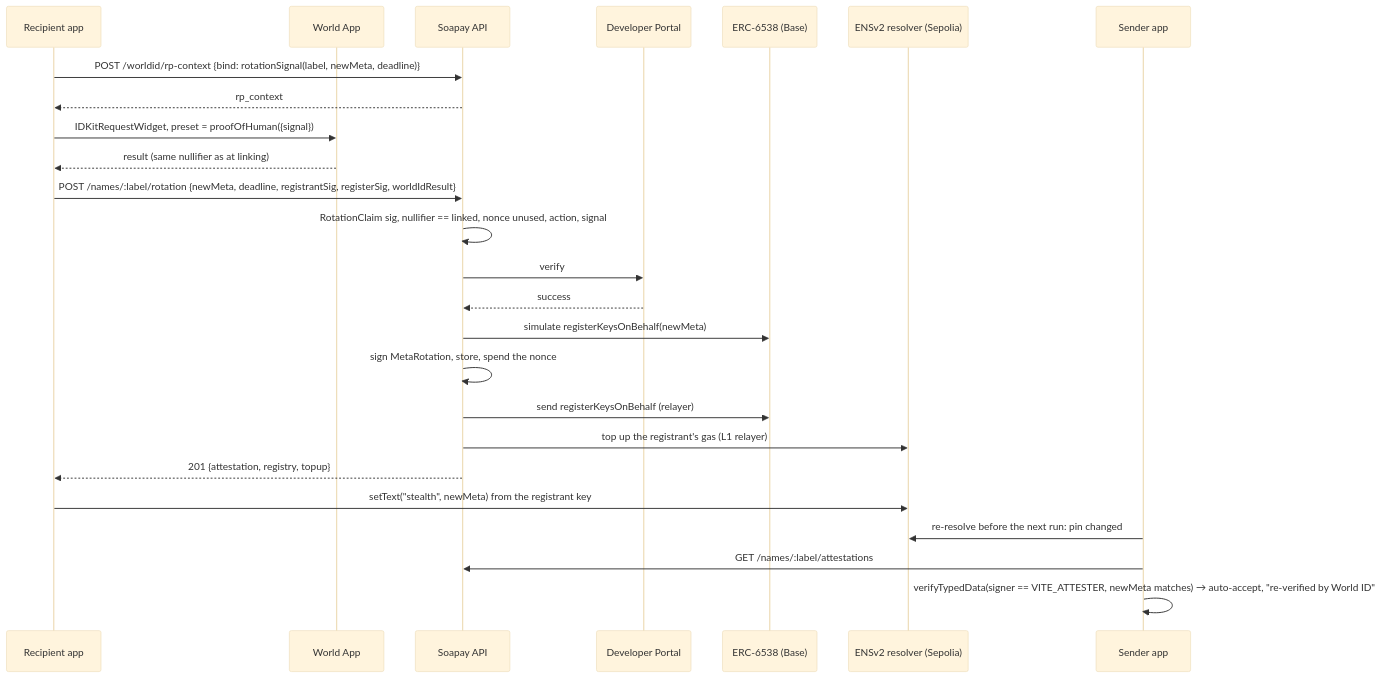
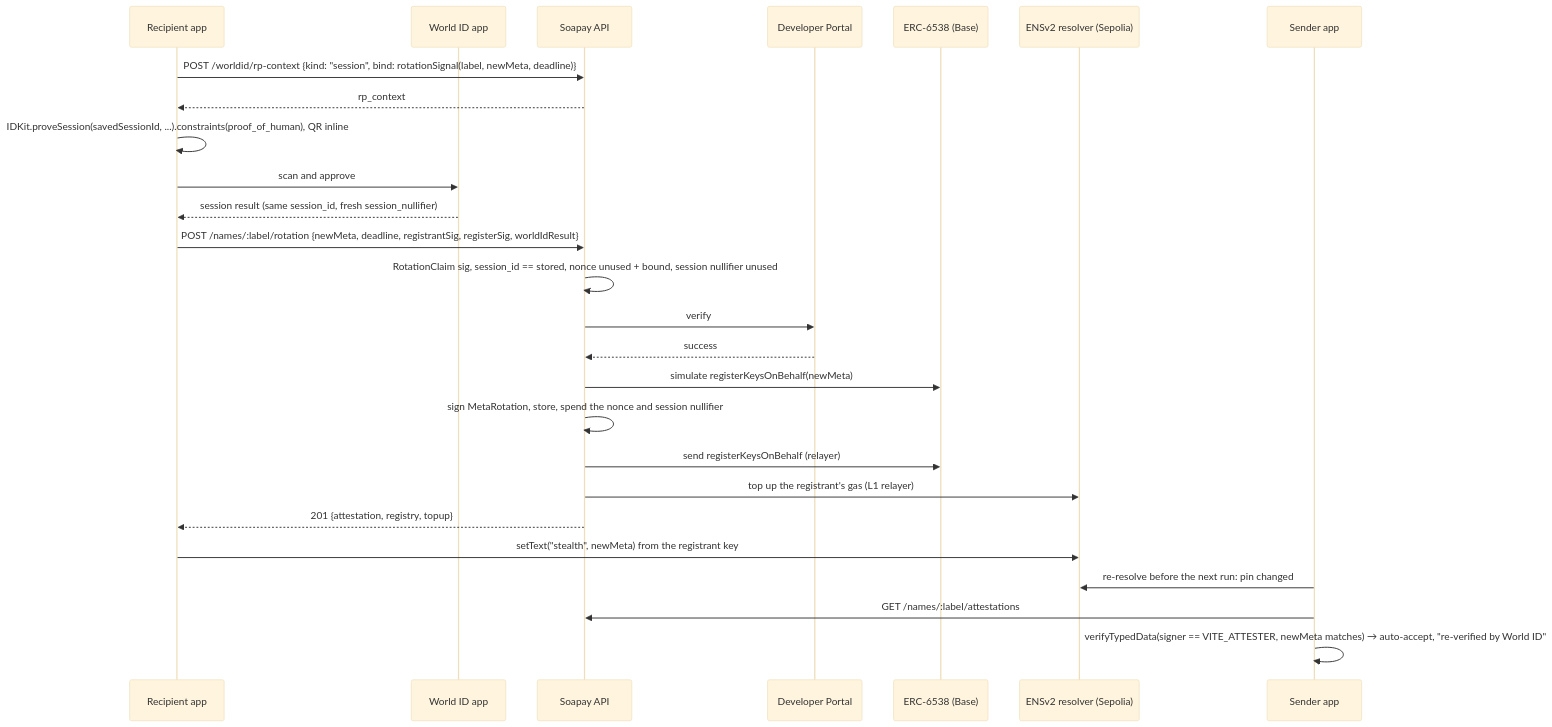
Before and after one commit to easonchai/soapay: the second of 3 diagrams in docs/worldid.md, drawn with Mermaid (base theme). The commit also changed other lines of this file and 8 other files, not shown here.

First line of the commit message:
Docs: World ID sessions restored (D-59), D-58 marked superseded, debrief on the session-less RP

````diff
--- a/docs/worldid.md
+++ b/docs/worldid.md
@@ -89,27 +100,28 @@
 ```mermaid
 sequenceDiagram
   participant R as Recipient app
-  participant W as World App
+  participant W as World ID app
   participant A as Soapay API
   participant P as Developer Portal
   participant B as ERC-6538 (Base)
   participant E as ENSv2 resolver (Sepolia)
   participant S as Sender app
-  R->>A: POST /worldid/rp-context {bind: rotationSignal(label, newMeta, deadline)}
+  R->>A: POST /worldid/rp-context {kind: "session", bind: rotationSignal(label, newMeta, deadline)}
   A-->>R: rp_context
-  R->>W: IDKitRequestWidget, preset = proofOfHuman({signal})
-  W-->>R: result (same nullifier as at linking)
+  R->>R: IDKit.proveSession(savedSessionId, ...).constraints(proof_of_human), QR inline
+  R->>W: scan and approve
+  W-->>R: session result (same session_id, fresh session_nullifier)
   R->>A: POST /names/:label/rotation {newMeta, deadline, registrantSig, registerSig, worldIdResult}
-  A->>A: RotationClaim sig, nullifier == linked, nonce unused, action, signal
+  A->>A: RotationClaim sig, session_id == stored, nonce unused + bound, session nullifier unused
   A->>P: verify
   P-->>A: success
   A->>B: simulate registerKeysOnBehalf(newMeta)
-  A->>A: sign MetaRotation, store, spend the nonce
+  A->>A: sign MetaRotation, store, spend the nonce and session nullifier
   A->>B: send registerKeysOnBehalf (relayer)
   A->>E: top up the registrant's gas (L1 relayer)
   A-->>R: 201 {attestation, registry, topup}
   R->>E: setText("stealth", newMeta) from the registrant key
   S->>E: re-resolve before the next run: pin changed
   S->>A: GET /names/:label/attestations
   S->>S: verifyTypedData(signer == VITE_ATTESTER, newMeta matches) → auto-accept, "re-verified by World ID"
 ```
````
